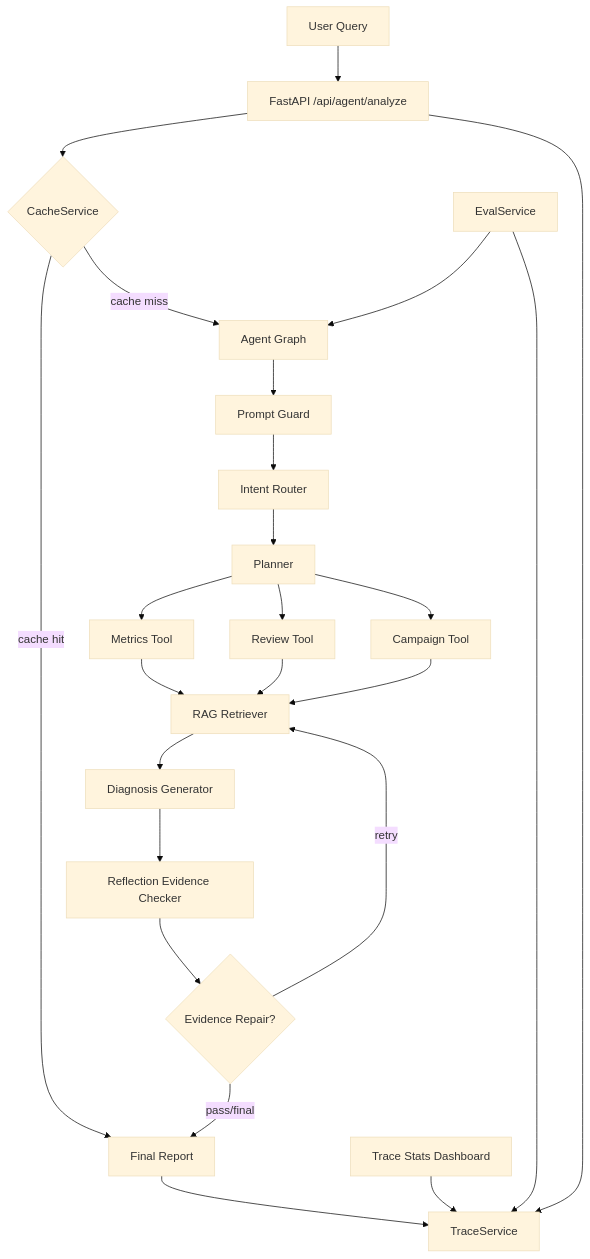
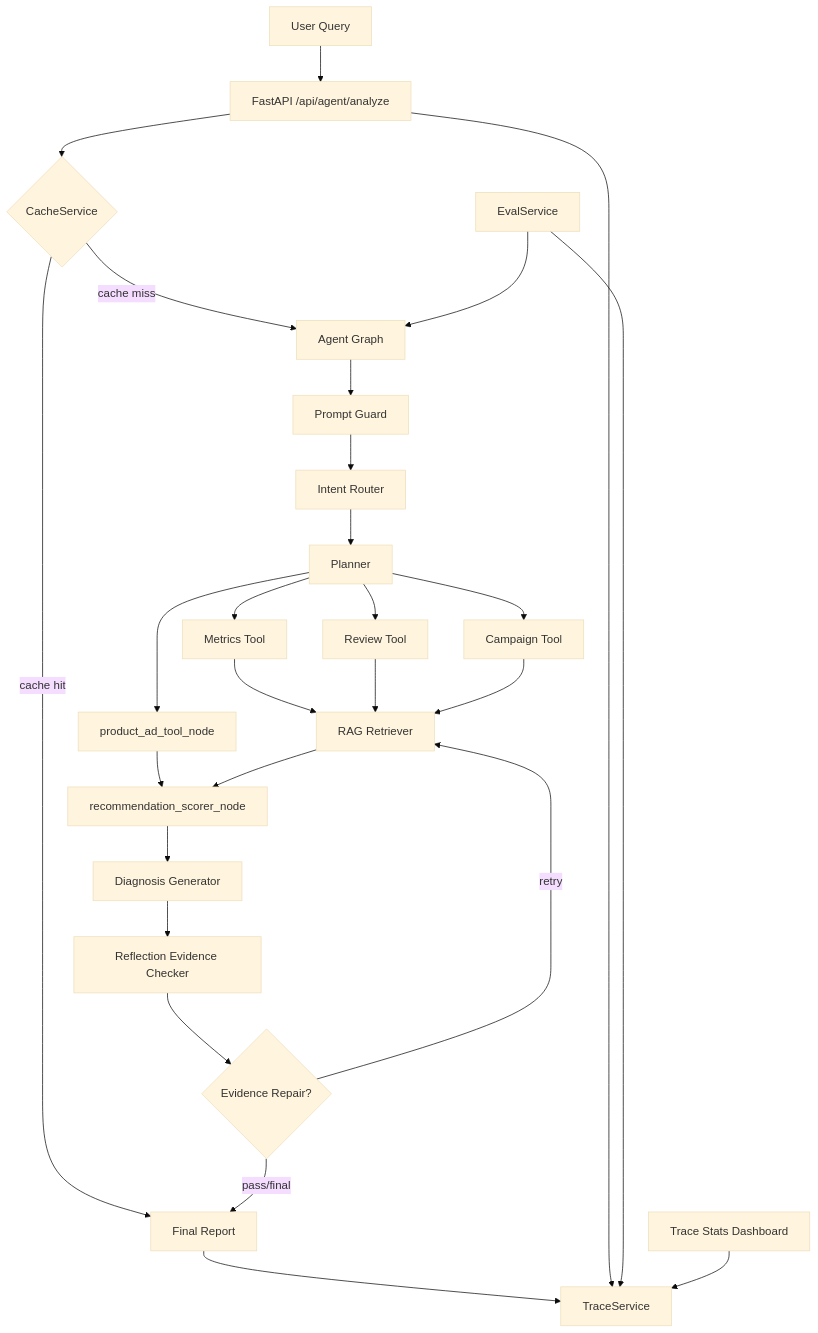
The diagram in README.md (xjy0526/business-insight-agent), drawn with Mermaid (base theme) before and after one commit. The commit also changed other lines of this file and 40 other files, not shown here.

````diff
--- a/README.md
+++ b/README.md
@@ -60,26 +60,29 @@
 ```mermaid
 flowchart TD
     U[User Query] --> A[FastAPI /api/agent/analyze]
     A --> C{CacheService}
     C -->|cache hit| R[Final Report]
     C -->|cache miss| G[Agent Graph]
     G --> PG[Prompt Guard]
     PG --> I[Intent Router]
     I --> P[Planner]
     P --> M[Metrics Tool]
     P --> RV[Review Tool]
     P --> CP[Campaign Tool]
+    P --> PA[product_ad_tool_node]
     M --> RG[RAG Retriever]
     RV --> RG
     CP --> RG
-    RG --> D[Diagnosis Generator]
+    PA --> RS[recommendation_scorer_node]
+    RG --> RS
+    RS --> D[Diagnosis Generator]
     D --> RF[Reflection Evidence Checker]
     RF --> ER{Evidence Repair?}
     ER -->|retry| RG
     ER -->|pass/final| R
     R --> T[TraceService]
     A --> T
     E[EvalService] --> G
     E --> T
     TS[Trace Stats Dashboard] --> T
 ```
````
